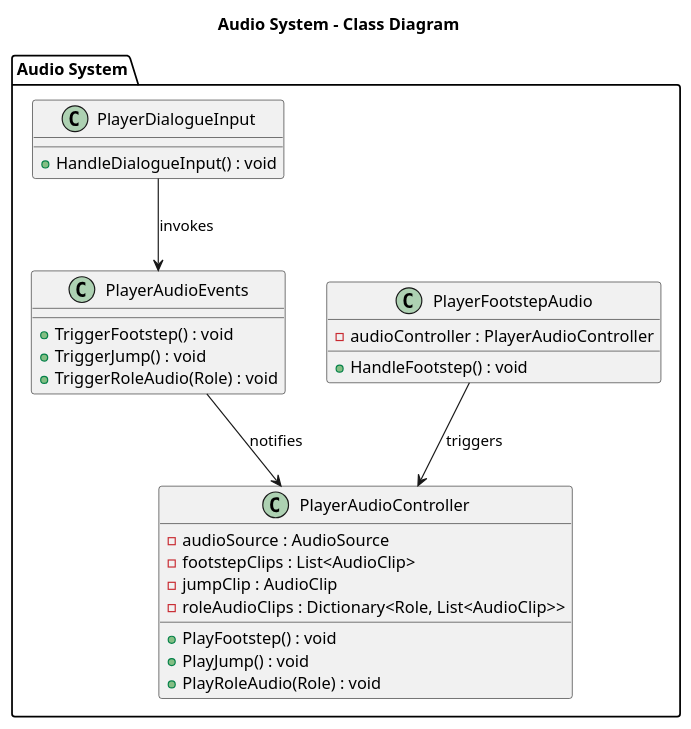
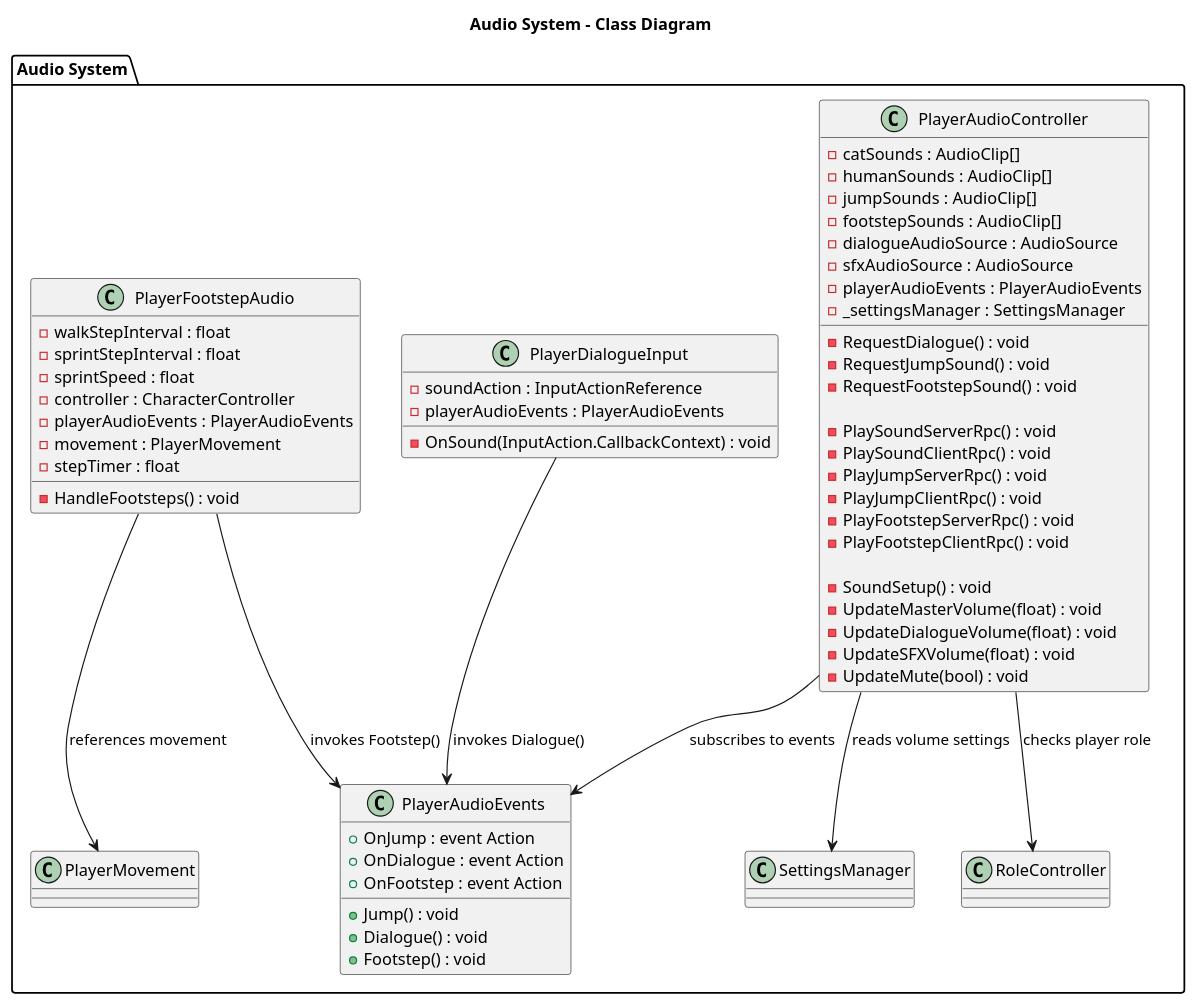
The diagram in Diagrams/Player Controller System/Audio_CD.puml (Bachelor-Parallax/Parallax), drawn with PlantUML before and after one commit. The commit also changed 2 other files, not shown here.

```diff
--- a/Diagrams/Player Controller System/Audio_CD.puml
+++ b/Diagrams/Player Controller System/Audio_CD.puml
@@ -1,40 +1,77 @@
 @startuml AudioSystem
 
 title Audio System - Class Diagram
 
 package "Audio System" {
 
     class PlayerAudioEvents {
-        + TriggerFootstep() : void
-        + TriggerJump() : void
-        + TriggerRoleAudio(Role) : void
+        + OnJump : event Action
+        + OnDialogue : event Action
+        + OnFootstep : event Action
+
+        + Jump() : void
+        + Dialogue() : void
+        + Footstep() : void
     }
 
     class PlayerAudioController {
-        - audioSource : AudioSource
-        - footstepClips : List<AudioClip>
-        - jumpClip : AudioClip
-        - roleAudioClips : Dictionary<Role, List<AudioClip>>
+        - catSounds : AudioClip[]
+        - humanSounds : AudioClip[]
+        - jumpSounds : AudioClip[]
+        - footstepSounds : AudioClip[]
+        - dialogueAudioSource : AudioSource
+        - sfxAudioSource : AudioSource
+        - playerAudioEvents : PlayerAudioEvents
+        - _settingsManager : SettingsManager
 
-        + PlayFootstep() : void
-        + PlayJump() : void
-        + PlayRoleAudio(Role) : void
+        - RequestDialogue() : void
+        - RequestJumpSound() : void
+        - RequestFootstepSound() : void
+
+        - PlaySoundServerRpc() : void
+        - PlaySoundClientRpc() : void
+        - PlayJumpServerRpc() : void
+        - PlayJumpClientRpc() : void
+        - PlayFootstepServerRpc() : void
+        - PlayFootstepClientRpc() : void
+
+        - SoundSetup() : void
+        - UpdateMasterVolume(float) : void
+        - UpdateDialogueVolume(float) : void
+        - UpdateSFXVolume(float) : void
+        - UpdateMute(bool) : void
     }
 
     class PlayerFootstepAudio {
-        - audioController : PlayerAudioController
+        - walkStepInterval : float
+        - sprintStepInterval : float
+        - sprintSpeed : float
+        - controller : CharacterController
+        - playerAudioEvents : PlayerAudioEvents
+        - movement : PlayerMovement
+        - stepTimer : float
 
-        + HandleFootstep() : void
+        - HandleFootsteps() : void
     }
 
     class PlayerDialogueInput {
-        + HandleDialogueInput() : void
+        - soundAction : InputActionReference
+        - playerAudioEvents : PlayerAudioEvents
+
+        - OnSound(InputAction.CallbackContext) : void
     }
 
+    class SettingsManager
+    class RoleController
+    class PlayerMovement
 }
 
-PlayerFootstepAudio --> PlayerAudioController : triggers
-PlayerDialogueInput --> PlayerAudioEvents : invokes
-PlayerAudioEvents --> PlayerAudioController : notifies
+PlayerDialogueInput --> PlayerAudioEvents : invokes Dialogue()
+PlayerFootstepAudio --> PlayerAudioEvents : invokes Footstep()
+
+PlayerAudioController --> PlayerAudioEvents : subscribes to events
+PlayerAudioController --> SettingsManager : reads volume settings
+PlayerAudioController --> RoleController : checks player role
+PlayerFootstepAudio --> PlayerMovement : references movement
 
 @enduml
```
